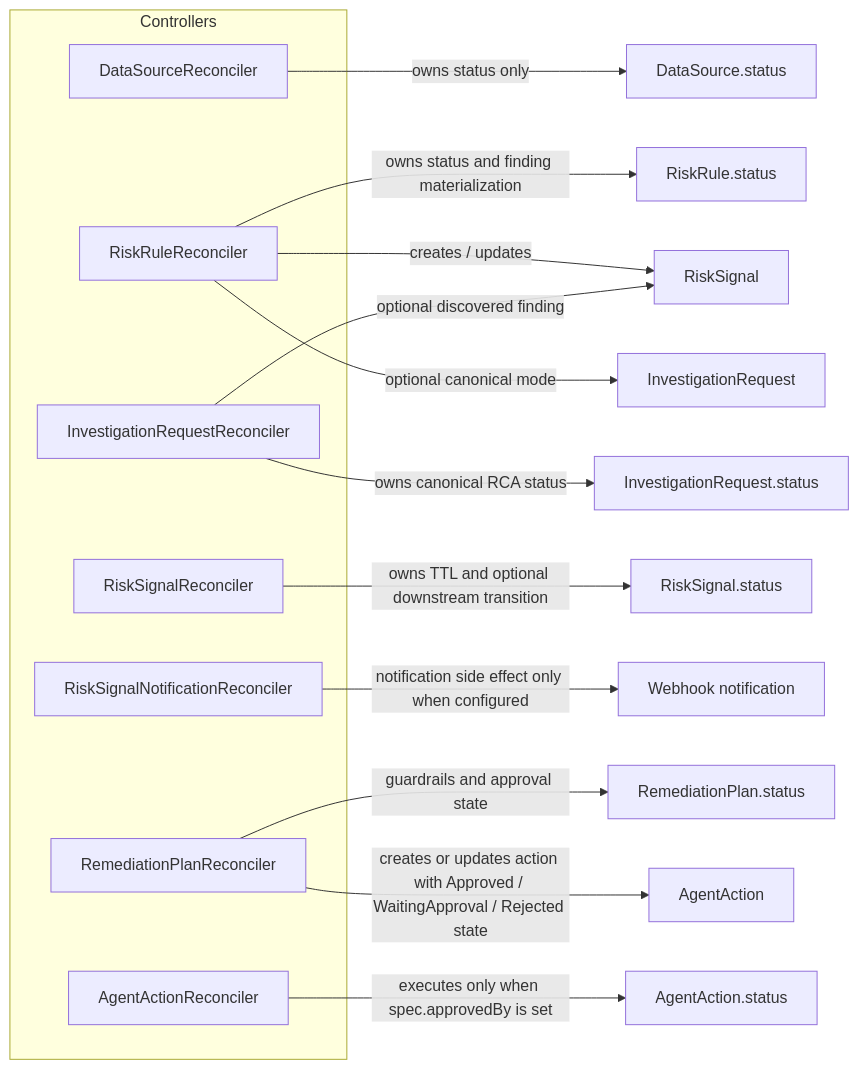
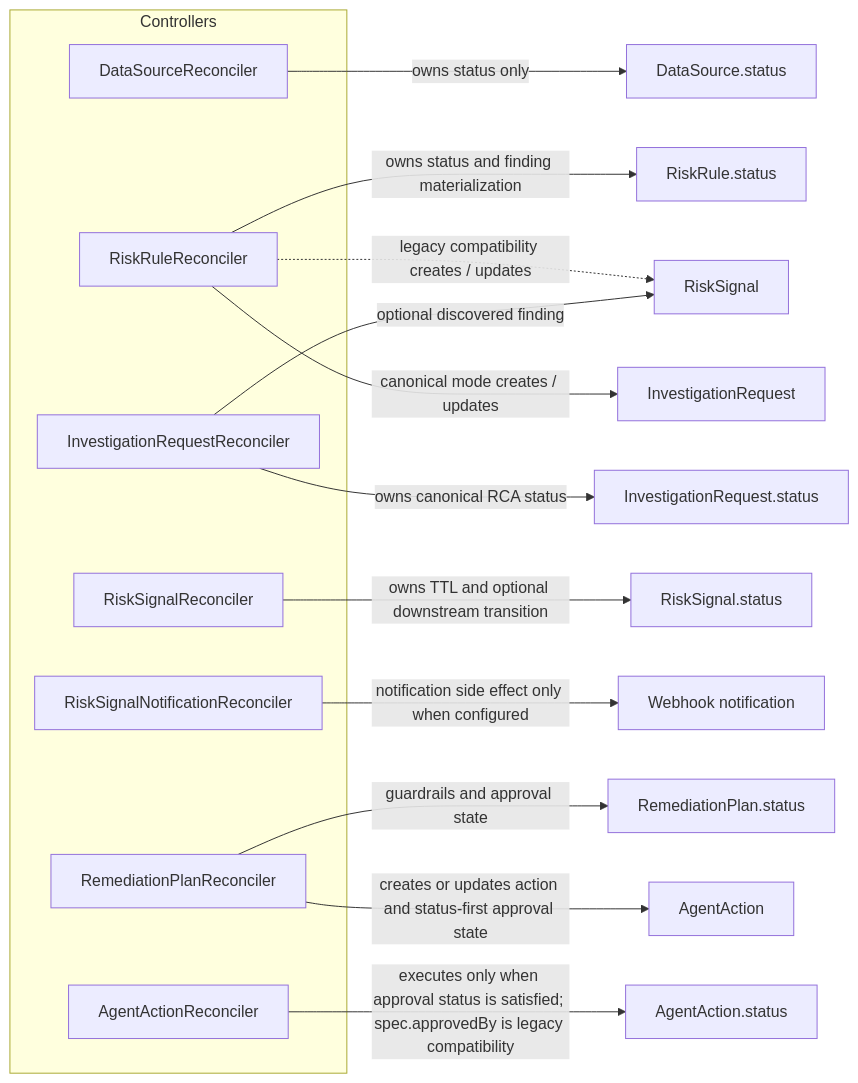
One commit to FluxSeer/fluxseer-rca changed the fifth of 18 diagrams in docs/architecture/mermaid-diagrams.md. Above: the diagram before and after it, drawn with Mermaid. The commit also changed other lines of this file and 3 other files, not shown here.

Commit message:
docs: document architecture hardening contracts

````diff
--- a/docs/architecture/mermaid-diagrams.md
+++ b/docs/architecture/mermaid-diagrams.md
@@ -375,24 +395,24 @@
 ```mermaid
 flowchart LR
     subgraph Controllers
         DSRec[DataSourceReconciler]
         RRRec[RiskRuleReconciler]
         IRRec[InvestigationRequestReconciler]
         RSRec[RiskSignalReconciler]
         NotifyRec[RiskSignalNotificationReconciler]
         RPRec[RemediationPlanReconciler]
         AARec[AgentActionReconciler]
     end
 
     DSRec -->|owns status only| DSStatus[DataSource.status]
     RRRec -->|owns status and finding materialization| RRStatus[RiskRule.status]
-    RRRec -->|creates / updates| RS[RiskSignal]
-    RRRec -->|optional canonical mode| IR[InvestigationRequest]
+    RRRec -.legacy compatibility creates / updates.-> RS[RiskSignal]
+    RRRec -->|canonical mode creates / updates| IR[InvestigationRequest]
     IRRec -->|owns canonical RCA status| IRStatus[InvestigationRequest.status]
     IRRec -->|optional discovered finding| RS
     RSRec -->|owns TTL and optional downstream transition| RSStatus[RiskSignal.status]
     NotifyRec -->|notification side effect only when configured| Notify[Webhook notification]
     RPRec -->|guardrails and approval state| RPStatus[RemediationPlan.status]
-    RPRec -->|creates or updates action with Approved / WaitingApproval / Rejected state| AA[AgentAction]
-    AARec -->|executes only when spec.approvedBy is set| AAStatus[AgentAction.status]
+    RPRec -->|creates or updates action and status-first approval state| AA[AgentAction]
+    AARec -->|executes only when approval status is satisfied; spec.approvedBy is legacy compatibility| AAStatus[AgentAction.status]
 ```
````
